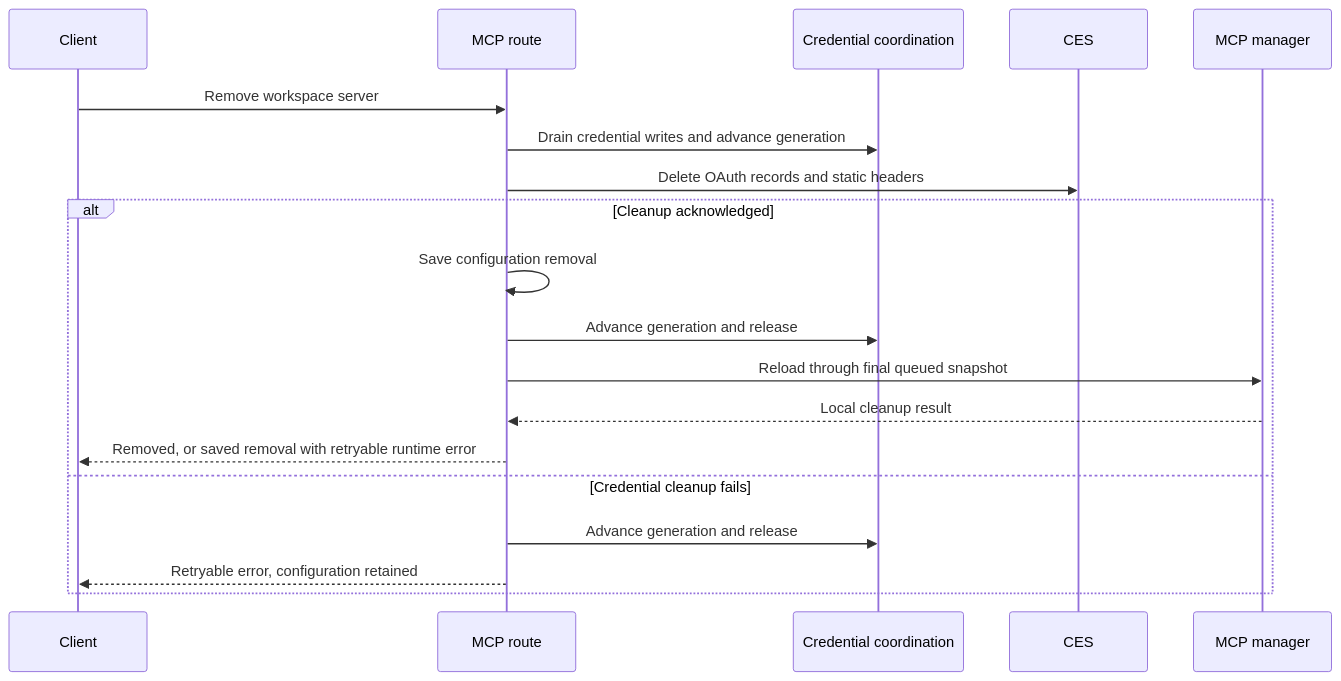
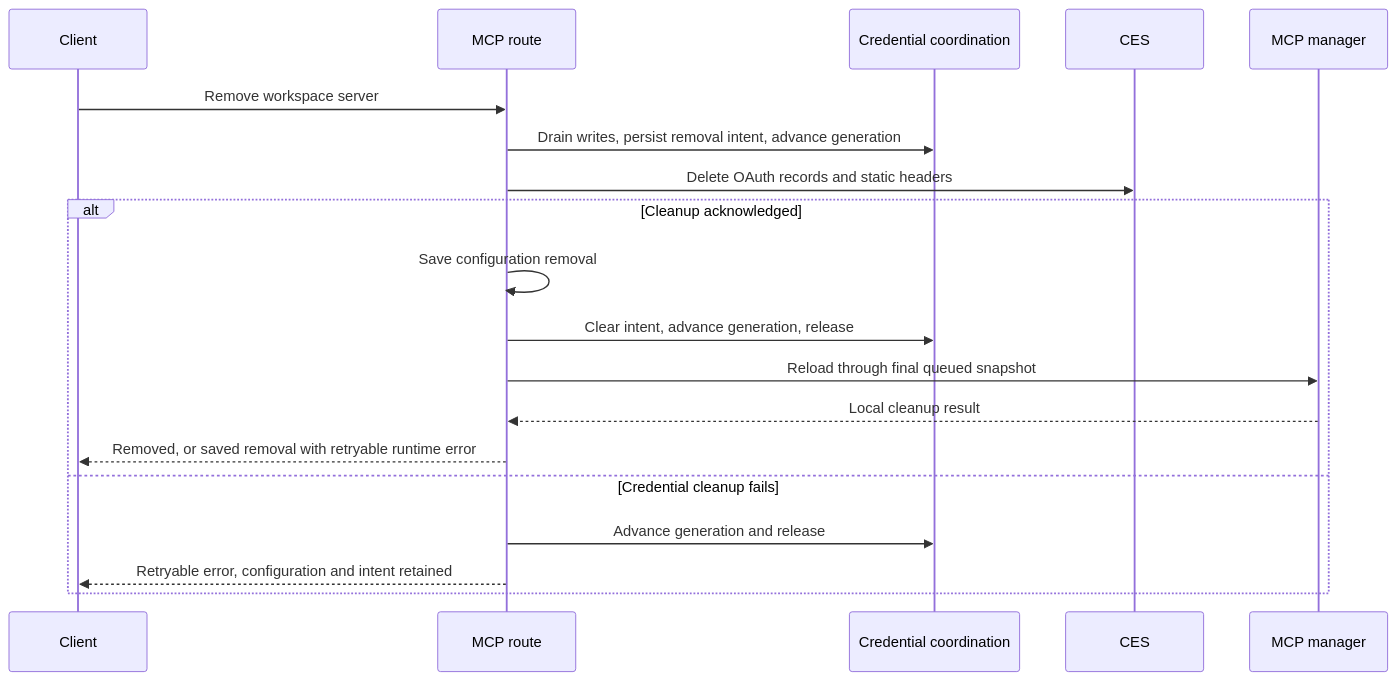
One commit to vellum-ai/vellum-assistant changed the diagram in assistant/docs/architecture/mcp-lifecycle.md. Above: the diagram before and after it, drawn with Mermaid. The commit also changed other lines of this file and 6 other files, not shown here.

Commit message:
fix(mcp): persist disconnect intent through cleanup

````diff
--- a/assistant/docs/architecture/mcp-lifecycle.md
+++ b/assistant/docs/architecture/mcp-lifecycle.md
@@ -17,21 +24,21 @@
 ```mermaid
 sequenceDiagram
     participant UI as Client
     participant Route as MCP route
     participant Lock as Credential coordination
     participant Store as CES
     participant Runtime as MCP manager
     UI->>Route: Remove workspace server
-    Route->>Lock: Drain credential writes and advance generation
+    Route->>Lock: Drain writes, persist removal intent, advance generation
     Route->>Store: Delete OAuth records and static headers
     alt Cleanup acknowledged
         Route->>Route: Save configuration removal
-        Route->>Lock: Advance generation and release
+        Route->>Lock: Clear intent, advance generation, release
         Route->>Runtime: Reload through final queued snapshot
         Runtime-->>Route: Local cleanup result
         Route-->>UI: Removed, or saved removal with retryable runtime error
     else Credential cleanup fails
         Route->>Lock: Advance generation and release
-        Route-->>UI: Retryable error, configuration retained
+        Route-->>UI: Retryable error, configuration and intent retained
     end
 ```
````
